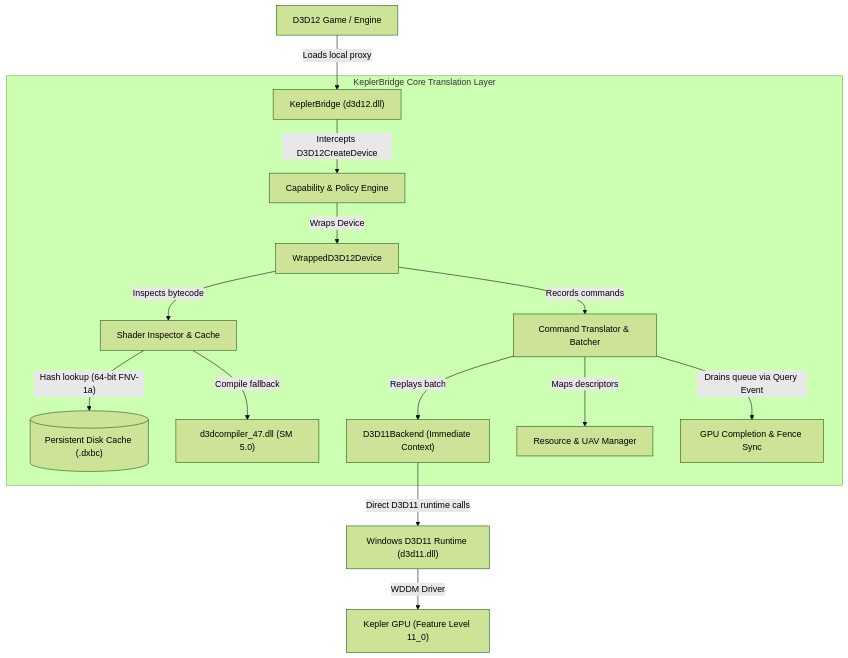
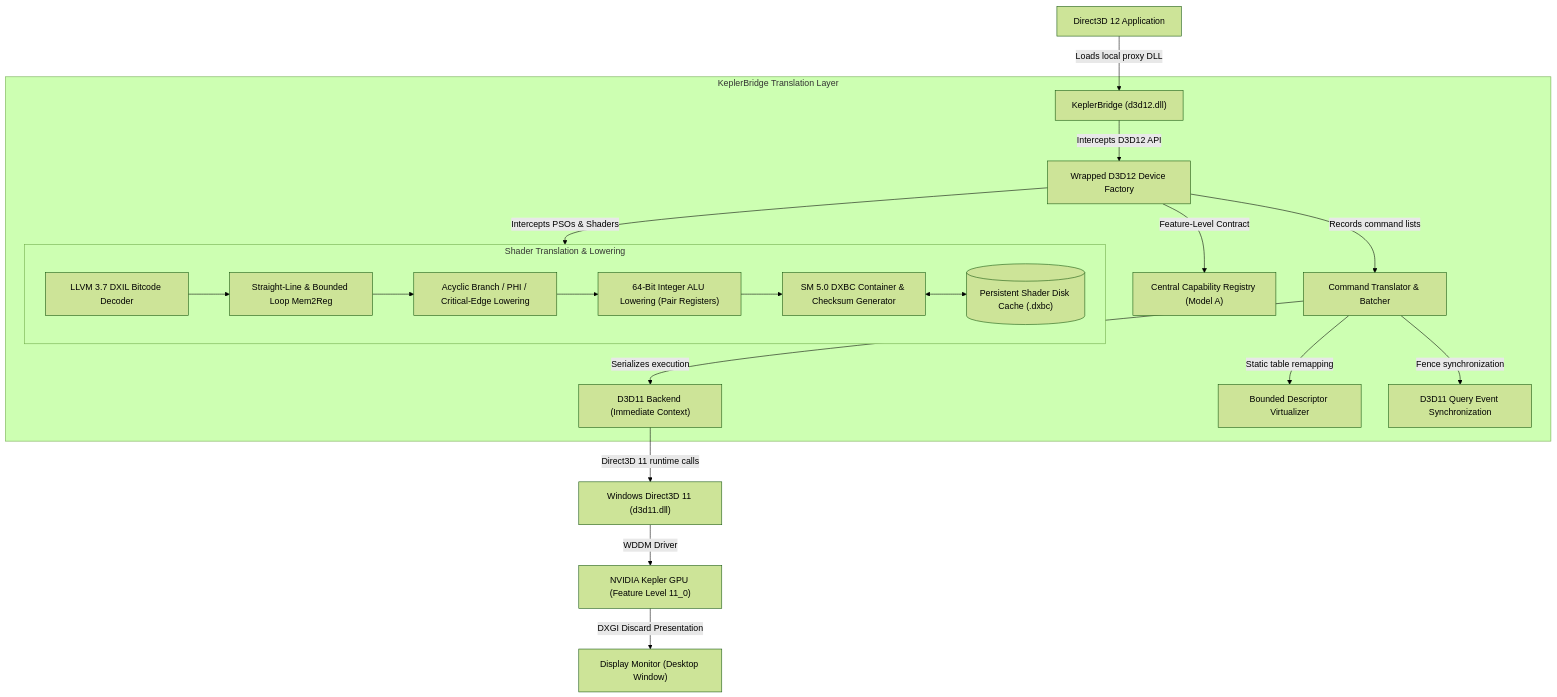
The first of 2 diagrams in README.md (HamzaShaikhAI/KeplerBridge), drawn with Mermaid (forest theme) before and after one commit. The commit also changed other lines of this file and 200 other files, not shown here.

First line of the commit message:
release: KeplerBridge 0.5.0-rc1 compatibility layer and test matrix

````diff
--- a/README.md
+++ b/README.md
@@ -120,22 +201,32 @@
 ```mermaid
 flowchart TD
-    App["D3D12 Game / Engine"] -->|"Loads local proxy"| Proxy["KeplerBridge (d3d12.dll)"]
+    App["Direct3D 12 Application"] -->|"Loads local proxy DLL"| Proxy["KeplerBridge (d3d12.dll)"]
 
-    subgraph Core["KeplerBridge Core Translation Layer"]
-        Proxy -->|"Intercepts D3D12CreateDevice"| PolicyEngine["Capability & Policy Engine"]
-        PolicyEngine -->|"Wraps Device"| WrappedDev["WrappedD3D12Device"]
+    subgraph TranslationLayer["KeplerBridge Translation Layer"]
+        Proxy -->|"Intercepts D3D12 API"| DevFactory["Wrapped D3D12 Device Factory"]
+        DevFactory -->|"Feature-Level Contract"| CapReg["Central Capability Registry (Model A)"]
 
-        WrappedDev -->|"Records commands"| CmdTranslator["Command Translator & Batcher"]
-        WrappedDev -->|"Inspects bytecode"| ShaderEngine["Shader Inspector & Cache"]
+        DevFactory -->|"Records command lists"| CmdTranslator["Command Translator & Batcher"]
+        DevFactory -->|"Intercepts PSOs & Shaders"| ShaderPipeline["Shader Translation Subsystem"]
 
-        ShaderEngine -->|"Hash lookup (64-bit FNV-1a)"| DiskCache[("Persistent Disk Cache (.dxbc)")]
-        ShaderEngine -->|"Compile fallback"| D3DCompile["d3dcompiler_47.dll (SM 5.0)"]
+        subgraph ShaderPipeline["Shader Translation & Lowering"]
+            Decoder["LLVM 3.7 DXIL Bitcode Decoder"]
+            Mem2Reg["Straight-Line & Bounded Loop Mem2Reg"]
+            CFG["Acyclic Branch / PHI / Critical-Edge Lowering"]
+            Int64["64-Bit Integer ALU Lowering (Pair Registers)"]
+            DXBCGen["SM 5.0 DXBC Container & Checksum Generator"]
+            DiskCache[("Persistent Shader Disk Cache (.dxbc)")]
 
-        CmdTranslator -->|"Replays batch"| Backend["D3D11Backend (Immediate Context)"]
-        CmdTranslator -->|"Maps descriptors"| ResManager["Resource & UAV Manager"]
-        CmdTranslator -->|"Drains queue via Query Event"| FenceSync["GPU Completion & Fence Sync"]
+            Decoder --> Mem2Reg --> CFG --> Int64 --> DXBCGen
+            DXBCGen <--> DiskCache
+        end
+
+        CmdTranslator -->|"Serializes execution"| Backend["D3D11 Backend (Immediate Context)"]
+        CmdTranslator -->|"Static table remapping"| DescVirt["Bounded Descriptor Virtualizer"]
+        CmdTranslator -->|"Fence synchronization"| SyncEngine["D3D11 Query Event Synchronization"]
     end
 
-    Backend -->|"Direct D3D11 runtime calls"| D3D11Runtime["Windows D3D11 Runtime (d3d11.dll)"]
-    D3D11Runtime -->|"WDDM Driver"| Hardware["Kepler GPU (Feature Level 11_0)"]
+    Backend -->|"Direct3D 11 runtime calls"| D3D11Runtime["Windows Direct3D 11 (d3d11.dll)"]
+    D3D11Runtime -->|"WDDM Driver"| Hardware["NVIDIA Kepler GPU (Feature Level 11_0)"]
+    Hardware -->|"DXGI Discard Presentation"| Display["Display Monitor (Desktop Window)"]
 ```
````
